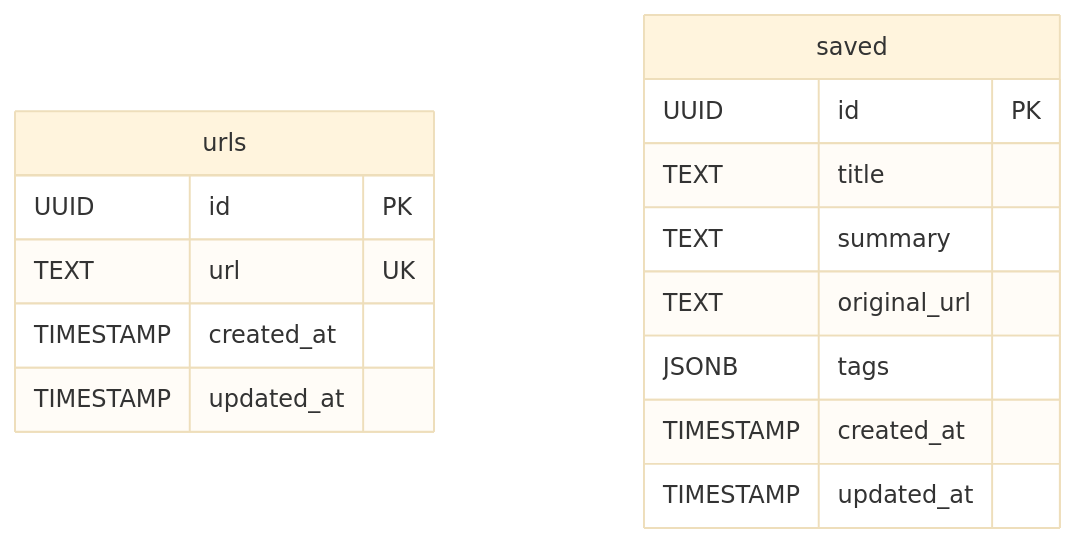
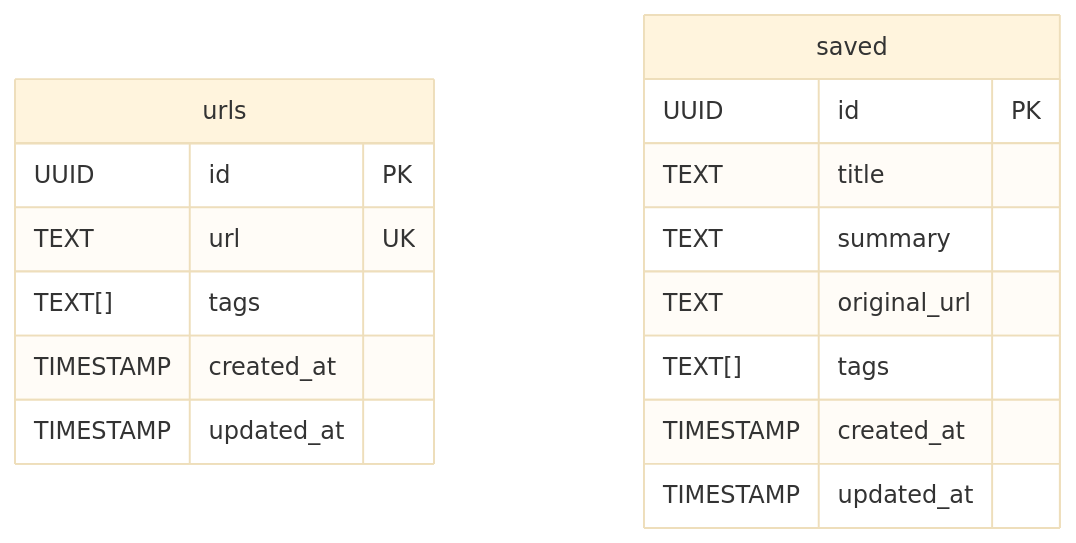
One commit to CROSS9111/SwipeSummarize changed the second of 2 diagrams in README.md. Above: the diagram before and after it, drawn with Mermaid (base theme). The commit also changed other lines of this file and 8 other files, not shown here.

````diff
--- a/README.md
+++ b/README.md
@@ -223,19 +225,20 @@
 ```mermaid
 erDiagram
     urls {
         UUID id PK
         TEXT url UK
+        TEXT[] tags
         TIMESTAMP created_at
         TIMESTAMP updated_at
     }
 
     saved {
         UUID id PK
         TEXT title
         TEXT summary
         TEXT original_url
-        JSONB tags
+        TEXT[] tags
         TIMESTAMP created_at
         TIMESTAMP updated_at
     }
 ```
````
